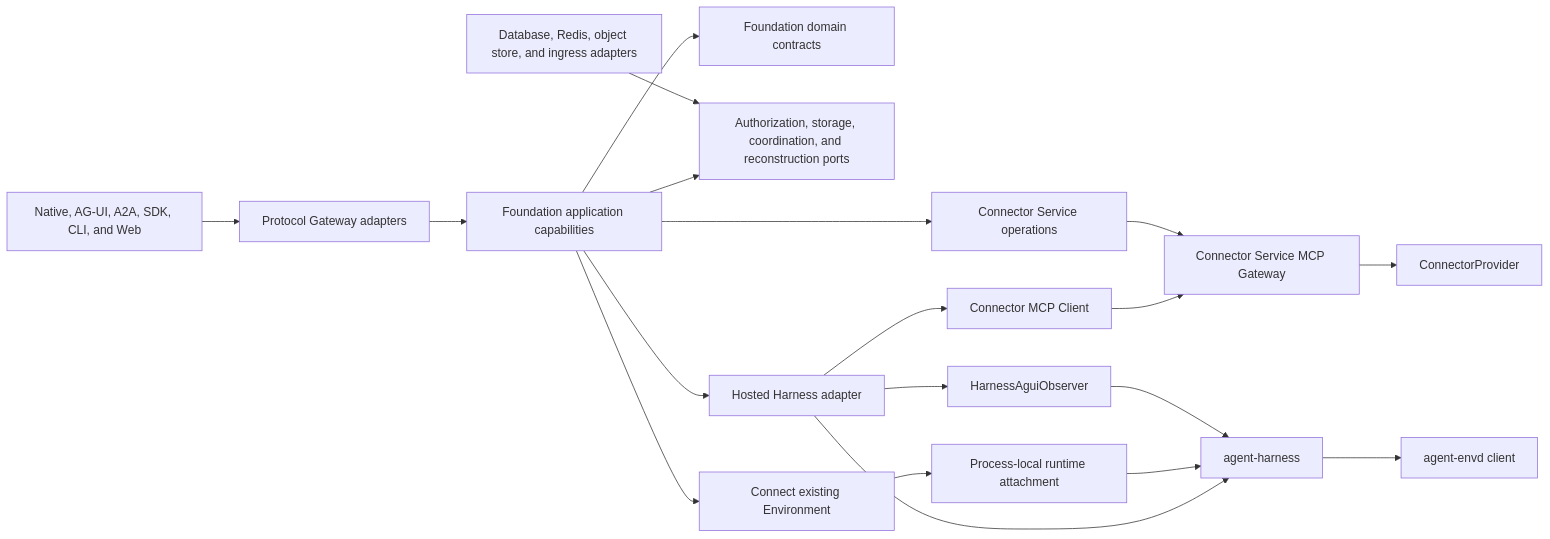
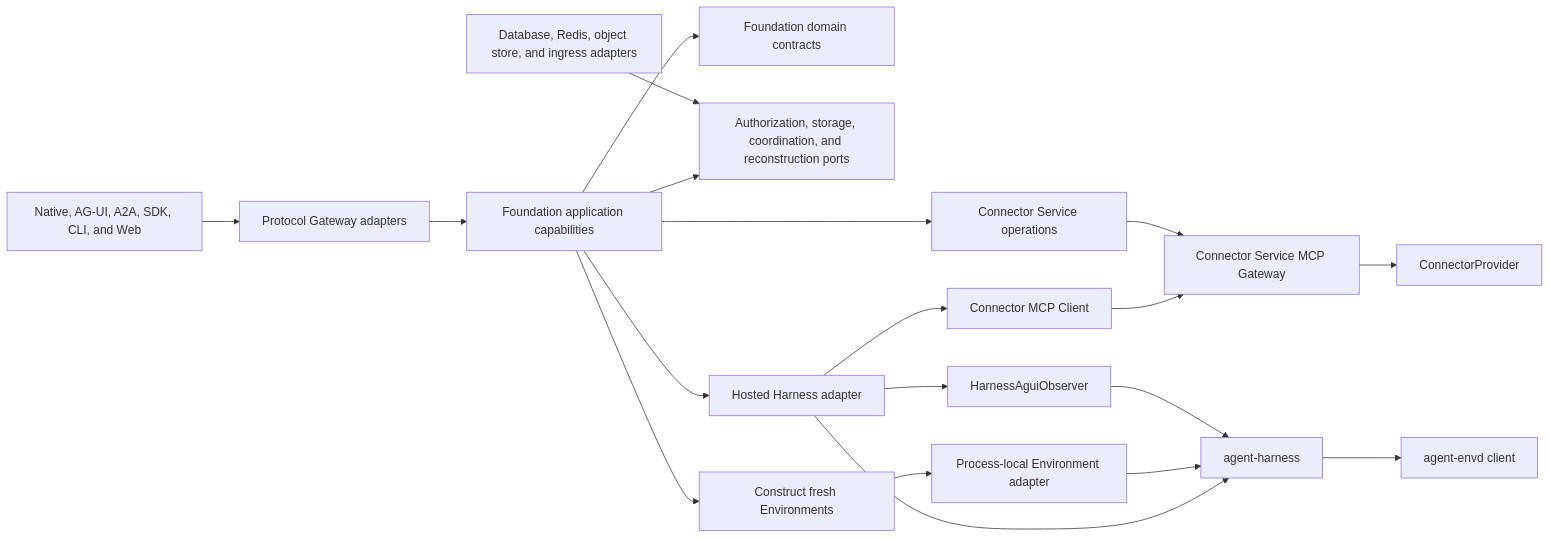
One commit to LTThreeComma/agent-foundation changed the third of 3 diagrams in spec/foundation-service/00-overview.md. Above: the diagram before and after it, drawn with Mermaid. The commit also changed other lines of this file and 188 other files, not shown here.

First line of the commit message:
feat(harness): rework environment and host ownership (#82)

````diff
--- a/spec/foundation-service/00-overview.md
+++ b/spec/foundation-service/00-overview.md
@@ -177,21 +177,21 @@
 ```mermaid
 flowchart LR
     Surfaces[Native, AG-UI, A2A, SDK, CLI, and Web] --> Gateway[Protocol Gateway adapters]
     Gateway --> Applications[Foundation application capabilities]
     Applications --> Domain[Foundation domain contracts]
     Applications --> Ports[Authorization, storage, coordination, and reconstruction ports]
     Adapters[Database, Redis, object store, and ingress adapters] --> Ports
     Applications --> ConnectorService[Connector Service operations]
-    Applications --> EnvConnector[Connect existing Environment]
+    Applications --> EnvProvider[Construct fresh Environments]
     Applications --> HostedHarness[Hosted Harness adapter]
     HostedHarness --> Harness[agent-harness]
     HostedHarness --> MCPClient[Connector MCP Client]
     MCPClient --> MCPGateway[Connector Service MCP Gateway]
     ConnectorService --> MCPGateway
     MCPGateway --> Provider[ConnectorProvider]
-    EnvConnector --> Attachment[Process-local runtime attachment]
-    Attachment --> Harness
+    EnvProvider --> EnvironmentAdapter[Process-local Environment adapter]
+    EnvironmentAdapter --> Harness
     HostedHarness --> Observer[HarnessAguiObserver]
     Observer --> Harness
     Harness --> EnvdClient[agent-envd client]
 ```
````
